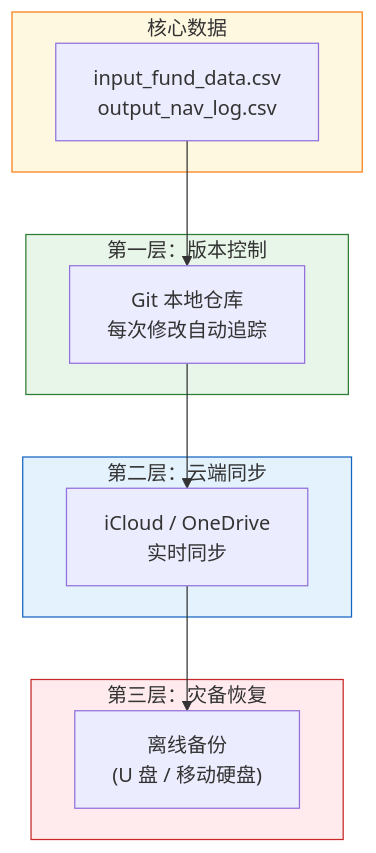
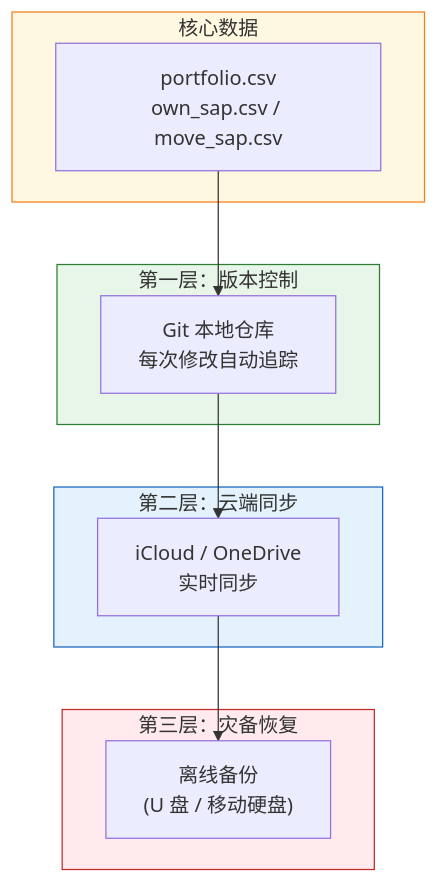
One commit to Haolun123/FamilyFund changed diagram 15 of 16 in ARCHITECTURE_shared.md. Above: the diagram before and after it, drawn with Mermaid. The commit also changed other lines of this file and 5 other files, not shown here.

First line of the commit message:
Add PDF report export, M2 benchmark, update architecture docs

````diff
--- a/ARCHITECTURE_shared.md
+++ b/ARCHITECTURE_shared.md
@@ -915,27 +901,27 @@
 ```mermaid
 graph TB
     subgraph Layer3 ["第三层：灾备恢复"]
         OFFSITE["离线备份<br/>(U 盘 / 移动硬盘)"]
     end
 
     subgraph Layer2 ["第二层：云端同步"]
         CLOUD["iCloud / OneDrive<br/>实时同步"]
     end
 
     subgraph Layer1 ["第一层：版本控制"]
         GIT["Git 本地仓库<br/>每次修改自动追踪"]
     end
 
     subgraph Core ["核心数据"]
-        CSV_DATA["input_fund_data.csv<br/>output_nav_log.csv"]
+        CSV_DATA["portfolio.csv<br/>own_sap.csv / move_sap.csv"]
     end
 
     CSV_DATA --> GIT
     GIT --> CLOUD
     CLOUD --> OFFSITE
 
     style Layer3 fill:#ffebee,stroke:#c62828
     style Layer2 fill:#e3f2fd,stroke:#1565c0
     style Layer1 fill:#e8f5e9,stroke:#2e7d32
     style Core fill:#fff8e1,stroke:#f57f17
 ```
````
